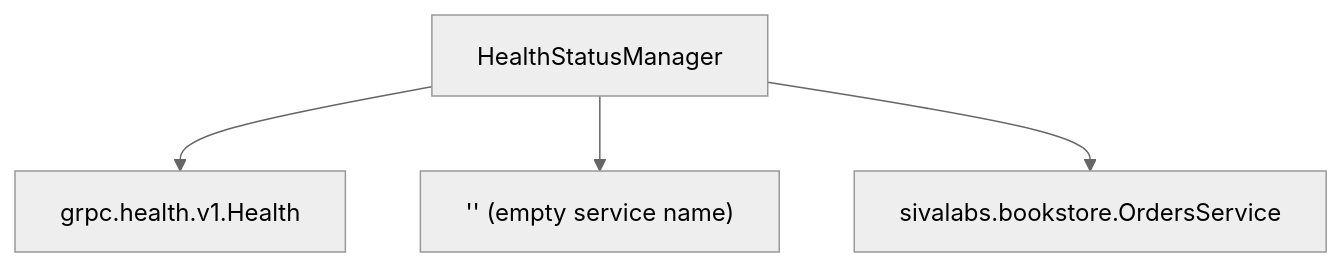
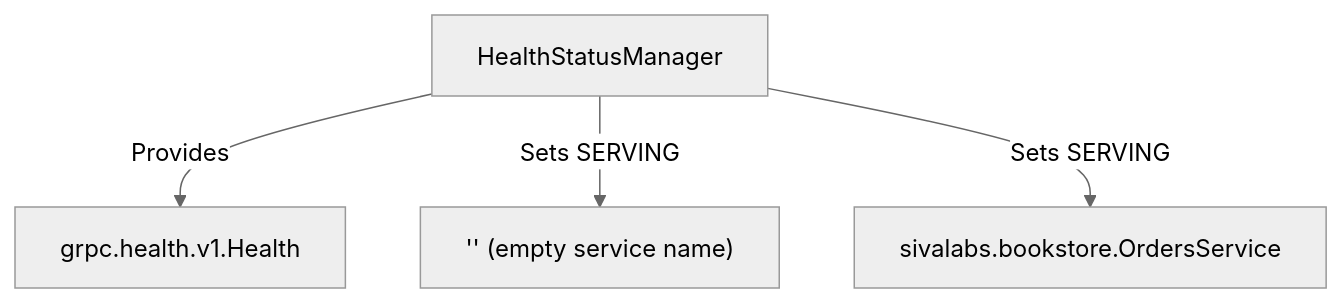
The fifth of 8 diagrams in docs/deepwiki/Config-Module.md (philipz/spring-modular-monolith), drawn with Mermaid (neutral theme) before and after one commit. The commit also changed other lines of this file and 55 other files, not shown here.

````diff
--- a/docs/deepwiki/Config-Module.md
+++ b/docs/deepwiki/Config-Module.md
@@ -377,12 +377,12 @@
 ```mermaid
 flowchart TD
 
 HealthMgr["HealthStatusManager"]
 HealthSvc["grpc.health.v1.Health"]
 EmptyService["'' (empty service name)"]
 OrdersSvc["sivalabs.bookstore.OrdersService"]
 
-HealthMgr --> HealthSvc
-HealthMgr --> EmptyService
-HealthMgr --> OrdersSvc
+HealthMgr -->|"Provides"| HealthSvc
+HealthMgr -->|"Sets SERVING"| EmptyService
+HealthMgr -->|"Sets SERVING"| OrdersSvc
 ```
````
